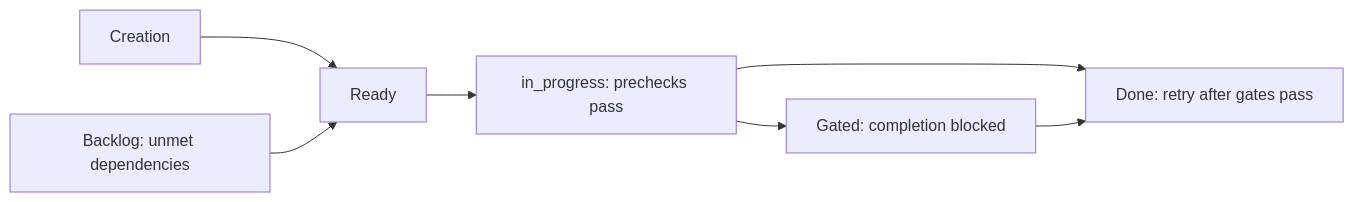
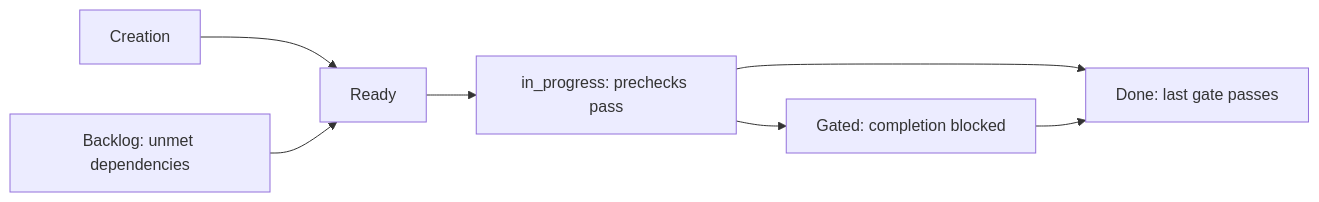
Before and after one commit to erankavija/just-in-time: the first of 9 diagrams in docs/concepts/core-model.md, drawn with Mermaid. The commit also changed other lines of this file and 12 other files, not shown here.

First line of the commit message:
fix(jit:ddca5431): complete a gated issue when evaluate passes its last auto gate

````diff
--- a/docs/concepts/core-model.md
+++ b/docs/concepts/core-model.md
@@ -207,9 +207,9 @@
 ```mermaid
 flowchart LR
     C[Creation] --> R[Ready]
     B[Backlog: unmet dependencies] --> R
     R --> P[in_progress: prechecks pass]
     P --> G[Gated: completion blocked]
     P --> D[Done: gates already passed]
-    G --> D[Done: retry after gates pass]
+    G --> D[Done: last gate passes]
 ```
````
